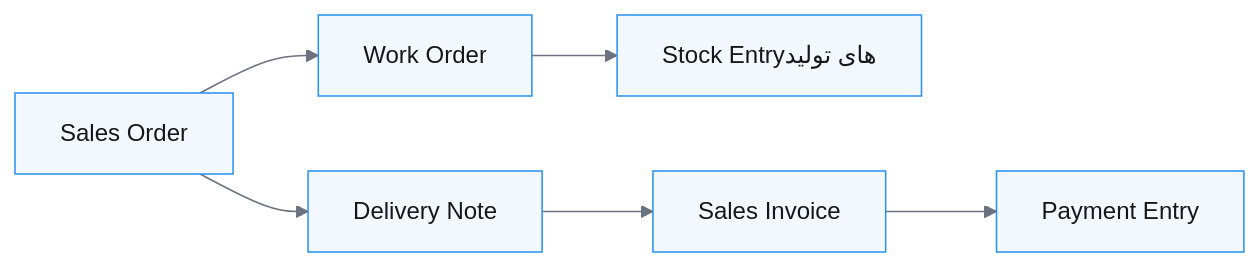
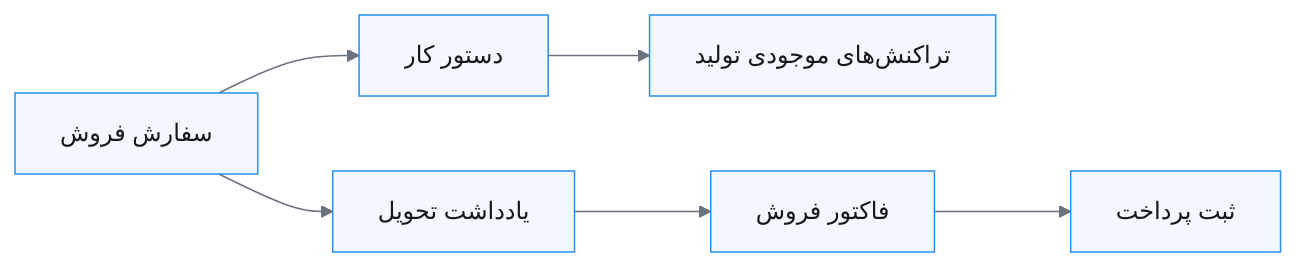
The seventh of 9 diagrams in content/fa/erpnext/accounting-workflows-by-business-type.md (shahinesi/frappe_docs-persian), drawn with Mermaid before and after one commit. The commit also changed other lines of this file and 7 other files, not shown here.

Commit message:
Localize ERPNext purchasing workflow diagrams

````diff
--- a/content/fa/erpnext/accounting-workflows-by-business-type.md
+++ b/content/fa/erpnext/accounting-workflows-by-business-type.md
@@ -156,9 +156,9 @@
 ```mermaid
 %%{init: {"theme":"base","themeVariables":{"primaryColor":"#F3F8FF","primaryBorderColor":"#2490EF","primaryTextColor":"#171717","lineColor":"#6B7280","secondaryColor":"#FFFFFF","tertiaryColor":"#F8F9FA"}}}%%
 flowchart LR
-    SO["Sales Order"] --> WO["Work Order"]
-    WO --> SE["Stock Entryهای تولید"]
-    SO --> DN["Delivery Note"]
-    DN --> SI["Sales Invoice"]
-    SI --> PE["Payment Entry"]
+    SO["سفارش فروش"] --> WO["دستور کار"]
+    WO --> SE["تراکنش‌های موجودی تولید"]
+    SO --> DN["یادداشت تحویل"]
+    DN --> SI["فاکتور فروش"]
+    SI --> PE["ثبت پرداخت"]
 ```
````
